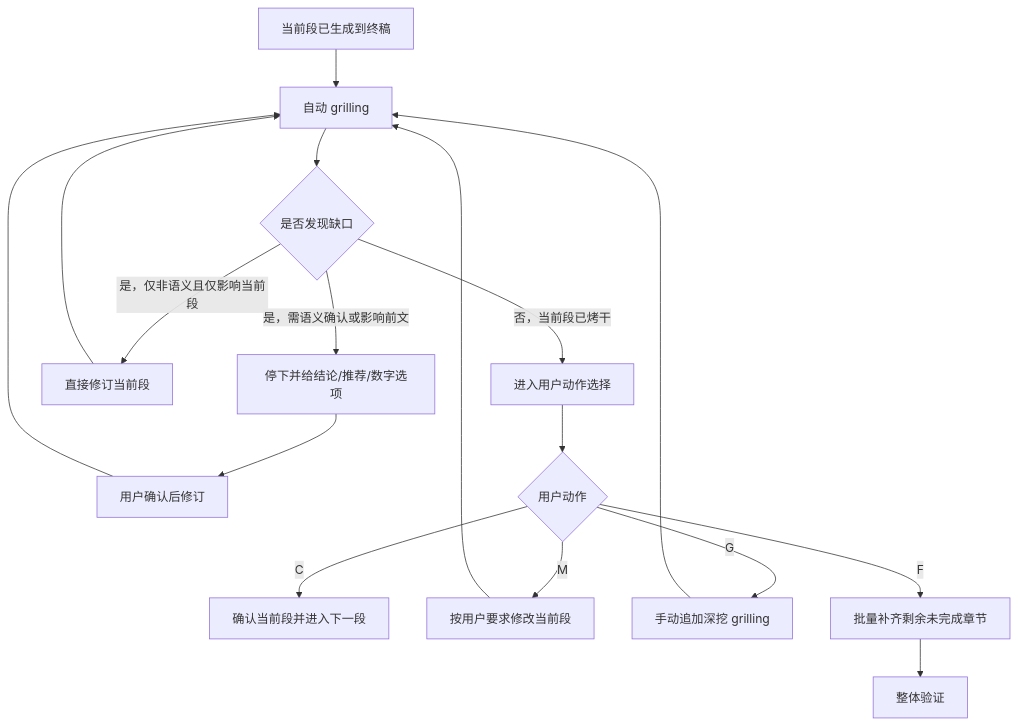
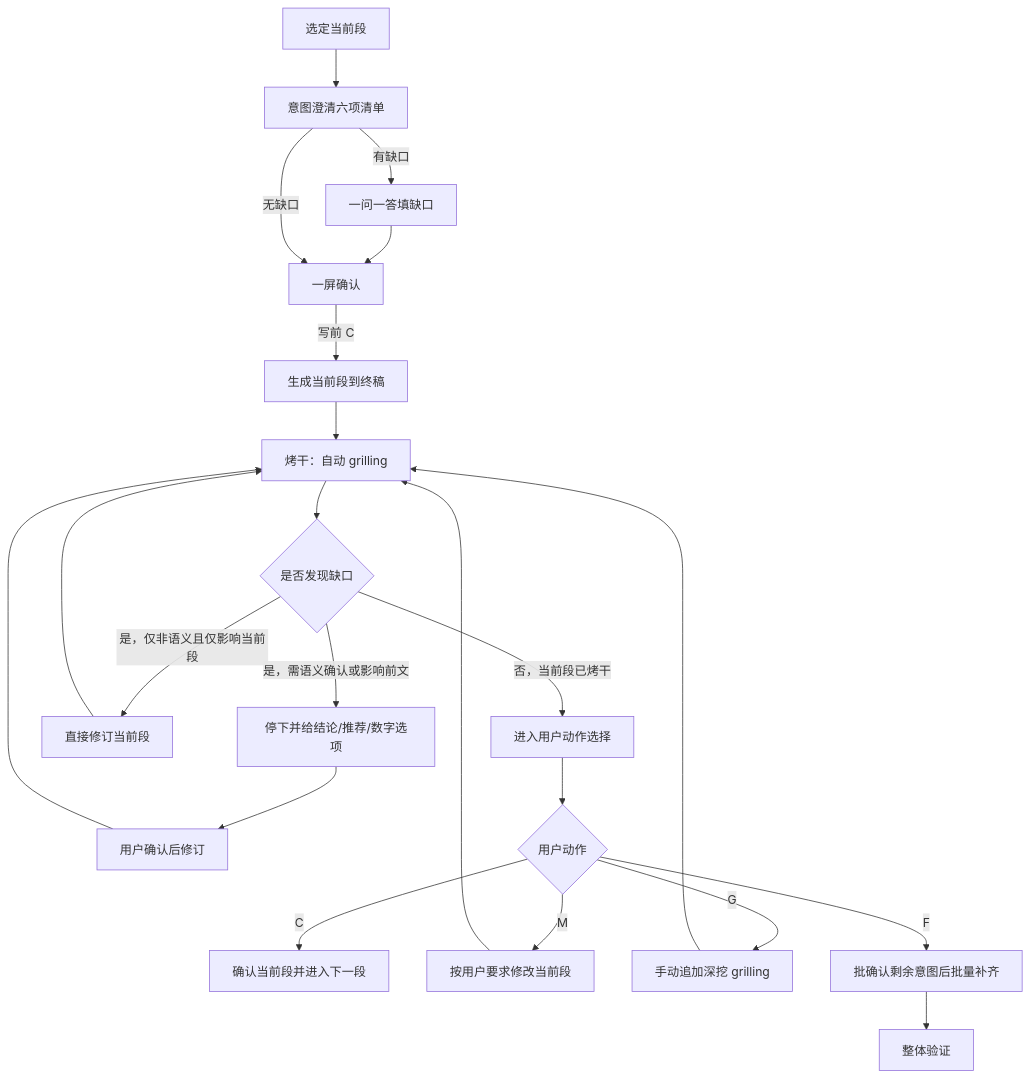
Before and after one commit to oleewen/ai-knowledge: the first of 2 diagrams in agent/skills/sdx-analysis/references/gates.md, drawn with Mermaid. The commit also changed other lines of this file and 115 other files, not shown here.

````diff
--- a/agent/skills/sdx-analysis/references/gates.md
+++ b/agent/skills/sdx-analysis/references/gates.md
@@ -25,20 +30,25 @@
 ```mermaid
 flowchart TD
-    A["当前段已生成到终稿"] --> B["自动 grilling"]
+    A0["选定当前段"] --> A1["意图澄清六项清单"]
+    A1 -->|有缺口| A2["一问一答填缺口"]
+    A2 --> A3["一屏确认"]
+    A1 -->|无缺口| A3
+    A3 -->|写前 C| A["生成当前段到终稿"]
+    A --> B["烤干：自动 grilling"]
     B --> C{"是否发现缺口"}
     C -->|否，当前段已烤干| D["进入用户动作选择"]
     C -->|是，仅非语义且仅影响当前段| E["直接修订当前段"]
     C -->|是，需语义确认或影响前文| F["停下并给结论/推荐/数字选项"]
     E --> B
     F --> G["用户确认后修订"]
     G --> B
 
     D --> H{"用户动作"}
     H -->|C| I["确认当前段并进入下一段"]
     H -->|M| J["按用户要求修改当前段"]
     H -->|G| K["手动追加深挖 grilling"]
-    H -->|F| L["批量补齐剩余未完成章节"]
+    H -->|F| L["批确认剩余意图后批量补齐"]
     J --> B
     K --> B
     L --> M["整体验证"]
 ```
````
